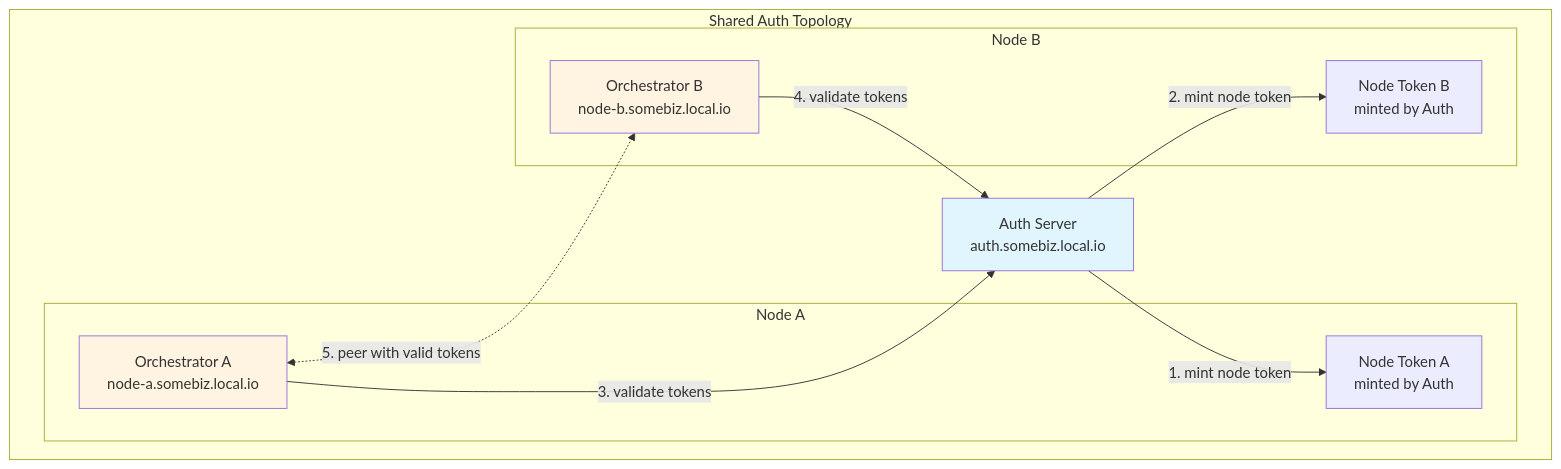
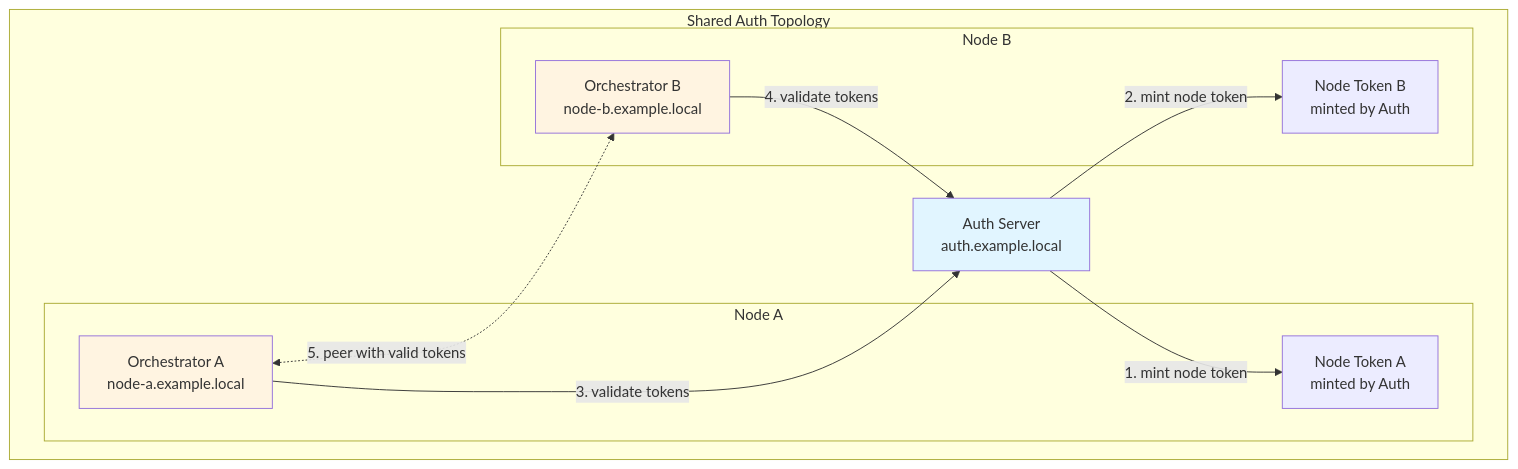
Before and after one commit to orbisoperations/catalyst-router: the first of 2 diagrams in apps/orchestrator/tests/PEERING_TEST_ARCHITECTURE.md, drawn with Mermaid. The commit also changed other lines of this file and 8 other files, not shown here.

First line of the commit message:
feat(config): add FQDN validation schemas and helper functions

````diff
--- a/apps/orchestrator/tests/PEERING_TEST_ARCHITECTURE.md
+++ b/apps/orchestrator/tests/PEERING_TEST_ARCHITECTURE.md
@@ -5,26 +5,26 @@
 ```mermaid
 graph TB
     subgraph "Shared Auth Topology"
-        Auth[Auth Server<br/>auth.somebiz.local.io]
+        Auth[Auth Server<br/>auth.example.local]
 
         subgraph "Node A"
-            OrcA[Orchestrator A<br/>node-a.somebiz.local.io]
+            OrcA[Orchestrator A<br/>node-a.example.local]
             TokenA[Node Token A<br/>minted by Auth]
         end
 
         subgraph "Node B"
-            OrcB[Orchestrator B<br/>node-b.somebiz.local.io]
+            OrcB[Orchestrator B<br/>node-b.example.local]
             TokenB[Node Token B<br/>minted by Auth]
         end
     end
 
     Auth -->|"1. mint node token"| TokenA
     Auth -->|"2. mint node token"| TokenB
     OrcA -->|"3. validate tokens"| Auth
     OrcB -->|"4. validate tokens"| Auth
     OrcA <-.->|"5. peer with valid tokens"| OrcB
 
     style Auth fill:#e1f5ff
     style OrcA fill:#fff4e1
     style OrcB fill:#fff4e1
 ```
````
